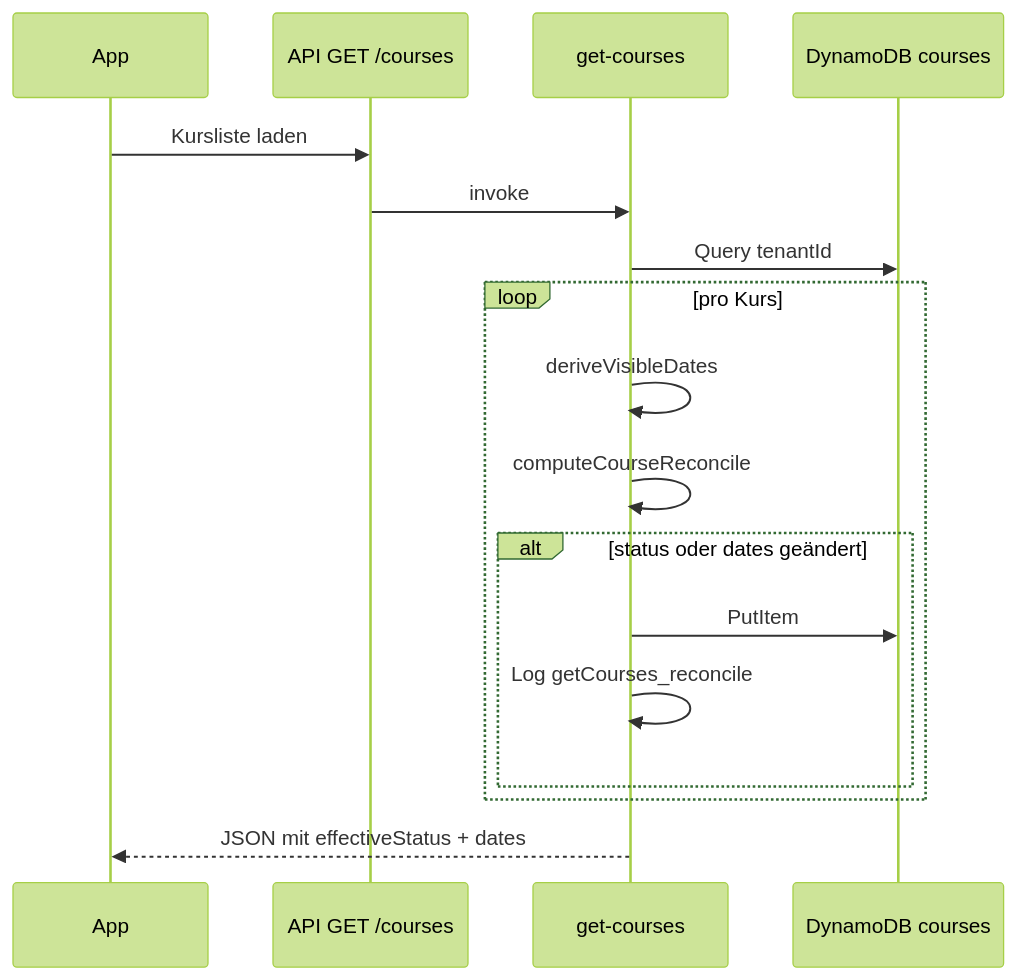
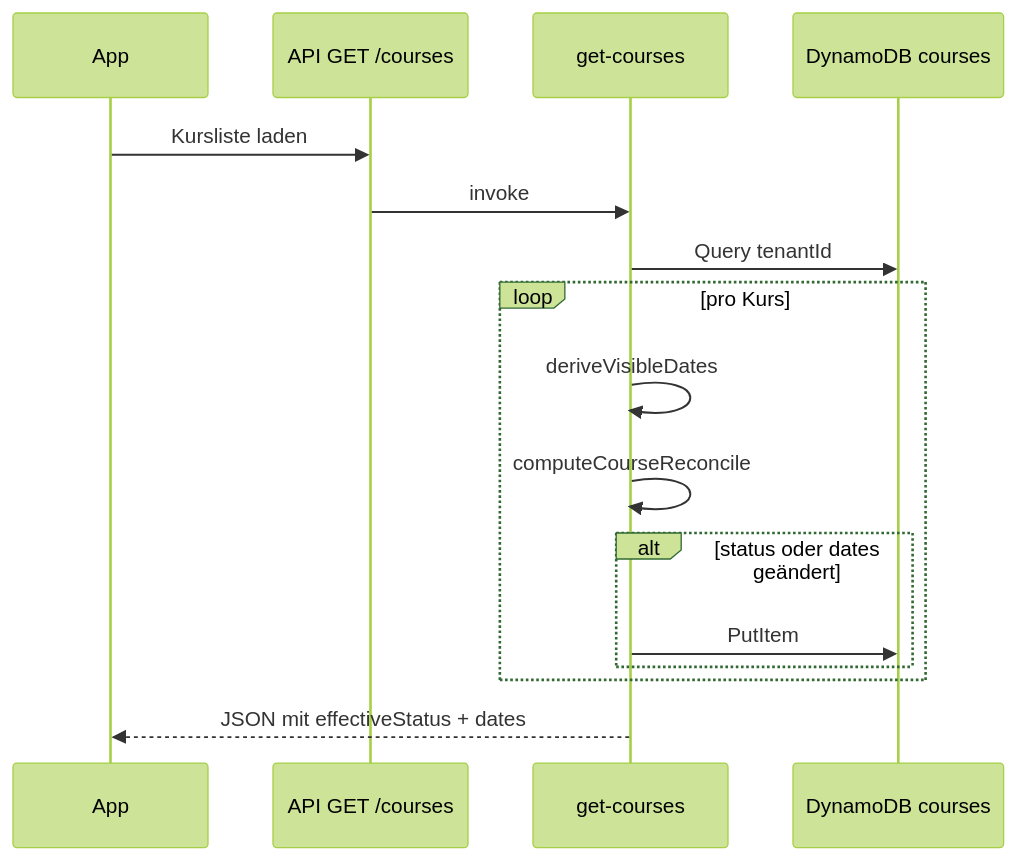
Before and after one commit to CurlyKarin/yogaswap: the third of 3 diagrams in docs/course-status-visibility.md, drawn with Mermaid (forest theme). The commit also changed other lines of this file and 26 other files, not shown here.

````diff
--- a/docs/course-status-visibility.md
+++ b/docs/course-status-visibility.md
@@ -81,20 +110,19 @@
 ```mermaid
 sequenceDiagram
   participant App
   participant API as API GET /courses
   participant Lambda as get-courses
   participant DDB as DynamoDB courses
 
   App->>API: Kursliste laden
   API->>Lambda: invoke
   Lambda->>DDB: Query tenantId
   loop pro Kurs
     Lambda->>Lambda: deriveVisibleDates
     Lambda->>Lambda: computeCourseReconcile
     alt status oder dates geändert
       Lambda->>DDB: PutItem
-      Lambda->>Lambda: Log getCourses_reconcile
     end
   end
   Lambda-->>App: JSON mit effectiveStatus + dates
 ```
````
